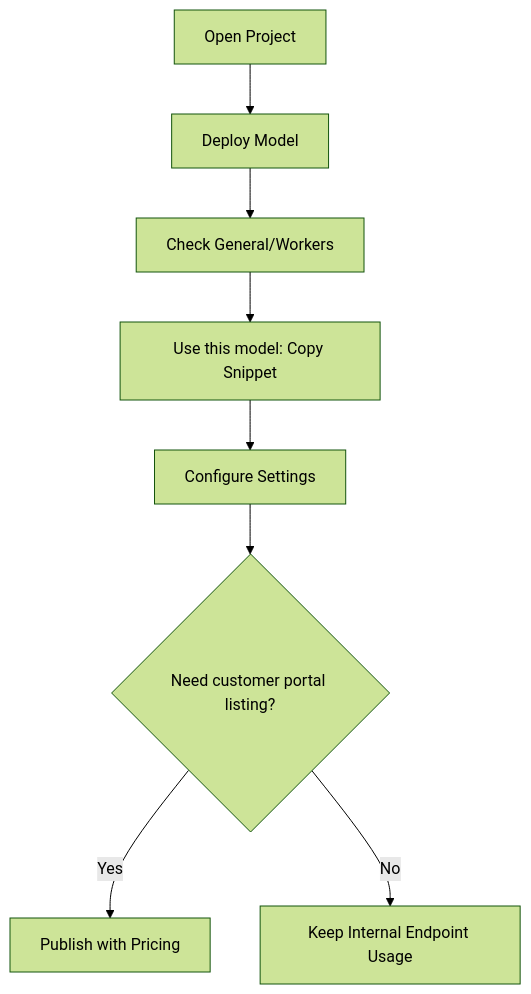
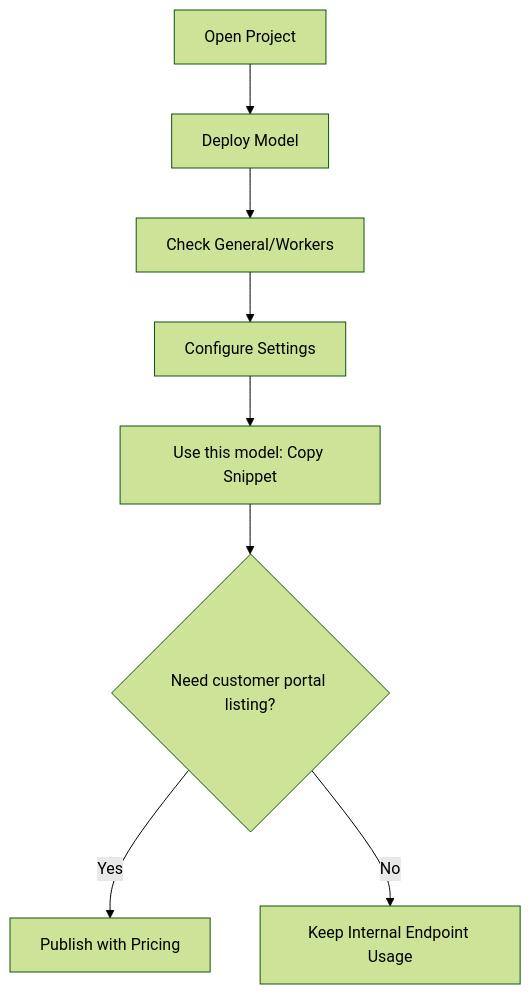
Before and after one commit to BudEcosystem/bud-runtime: the diagram in docs/deployments/quickstart.mdx, drawn with Mermaid (forest theme). The commit also changed other lines of this file, not shown here.

Commit message:
Reorder quickstart steps for clarity

````diff
--- a/docs/deployments/quickstart.mdx
+++ b/docs/deployments/quickstart.mdx
@@ -53,10 +53,10 @@
 ```mermaid
 flowchart TD
     A[Open Project] --> B[Deploy Model]
     B --> C[Check General/Workers]
-    C --> D[Use this model: Copy Snippet]
-    D --> E[Configure Settings]
+    C --> D[Configure Settings]
+    D --> E[Use this model: Copy Snippet]
     E --> F{Need customer portal listing?}
     F -->|Yes| G[Publish with Pricing]
     F -->|No| H[Keep Internal Endpoint Usage]
 ```
````
